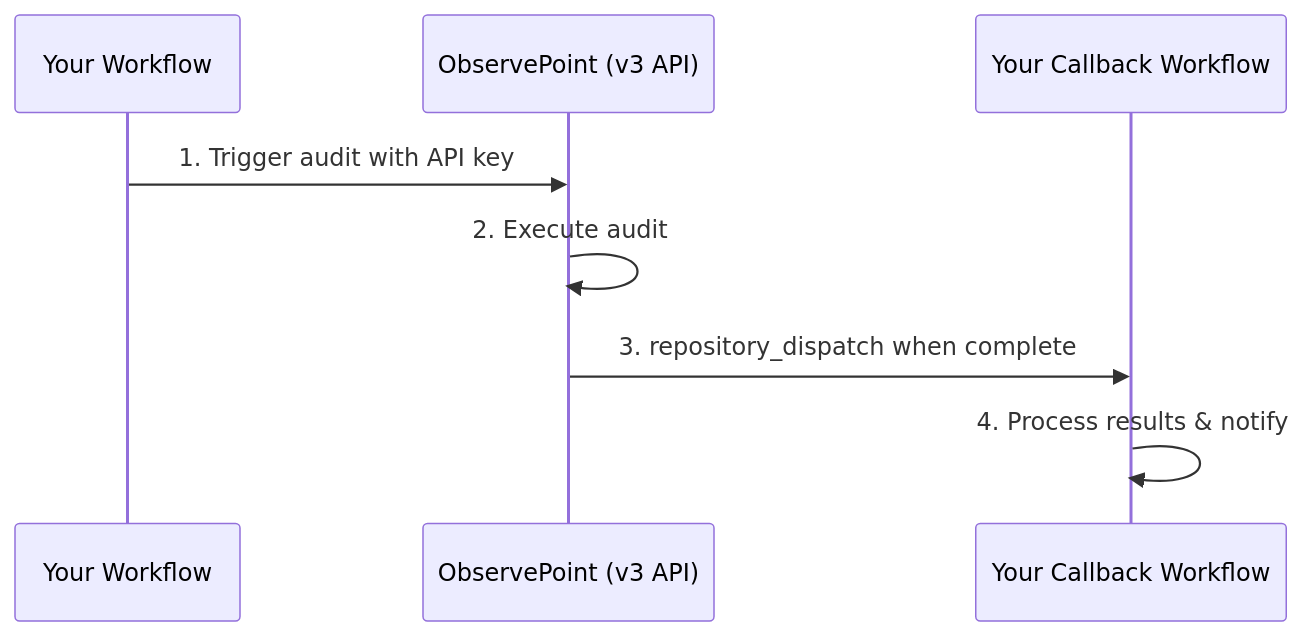
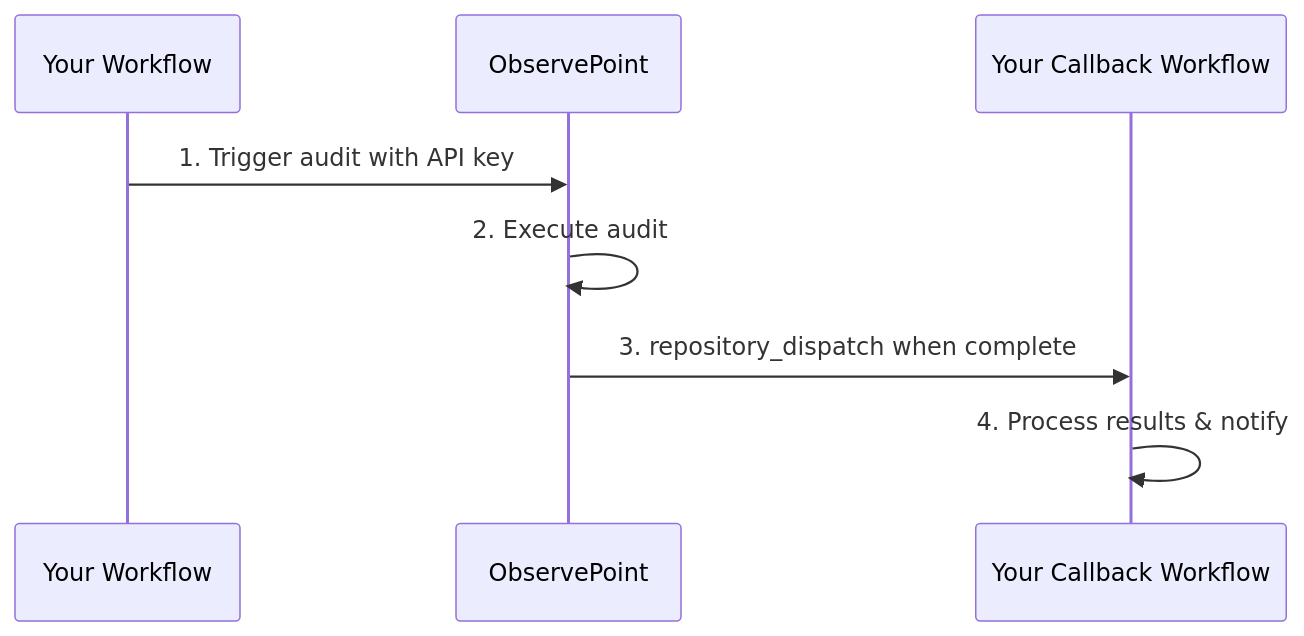
Before and after one commit to observepoint/github-actions-integration: the diagram in README.md, drawn with Mermaid. The commit also changed other lines of this file, not shown here.

Commit message:
GitHub Actions integration with ObservePoint

````diff
--- a/README.md
+++ b/README.md
@@ -18,10 +16,11 @@
 ```mermaid
 sequenceDiagram
     participant GH as Your Workflow
-    participant OP as ObservePoint (v3 API)
+    participant OP as ObservePoint
     participant CB as Your Callback Workflow
+    
     GH->>OP: 1. Trigger audit with API key
     OP->>OP: 2. Execute audit
     OP->>CB: 3. repository_dispatch when complete
     CB->>CB: 4. Process results & notify
 ```
````
